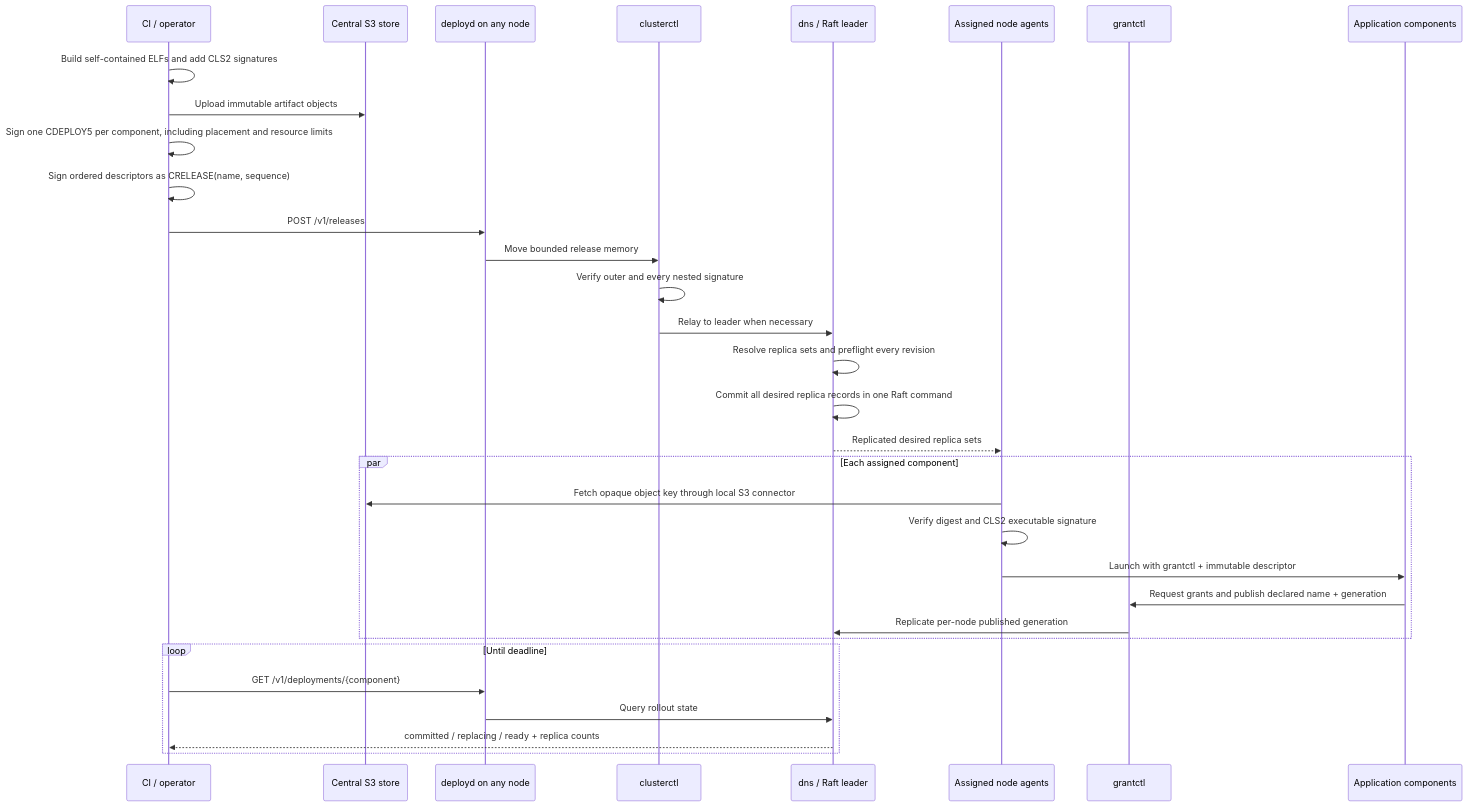
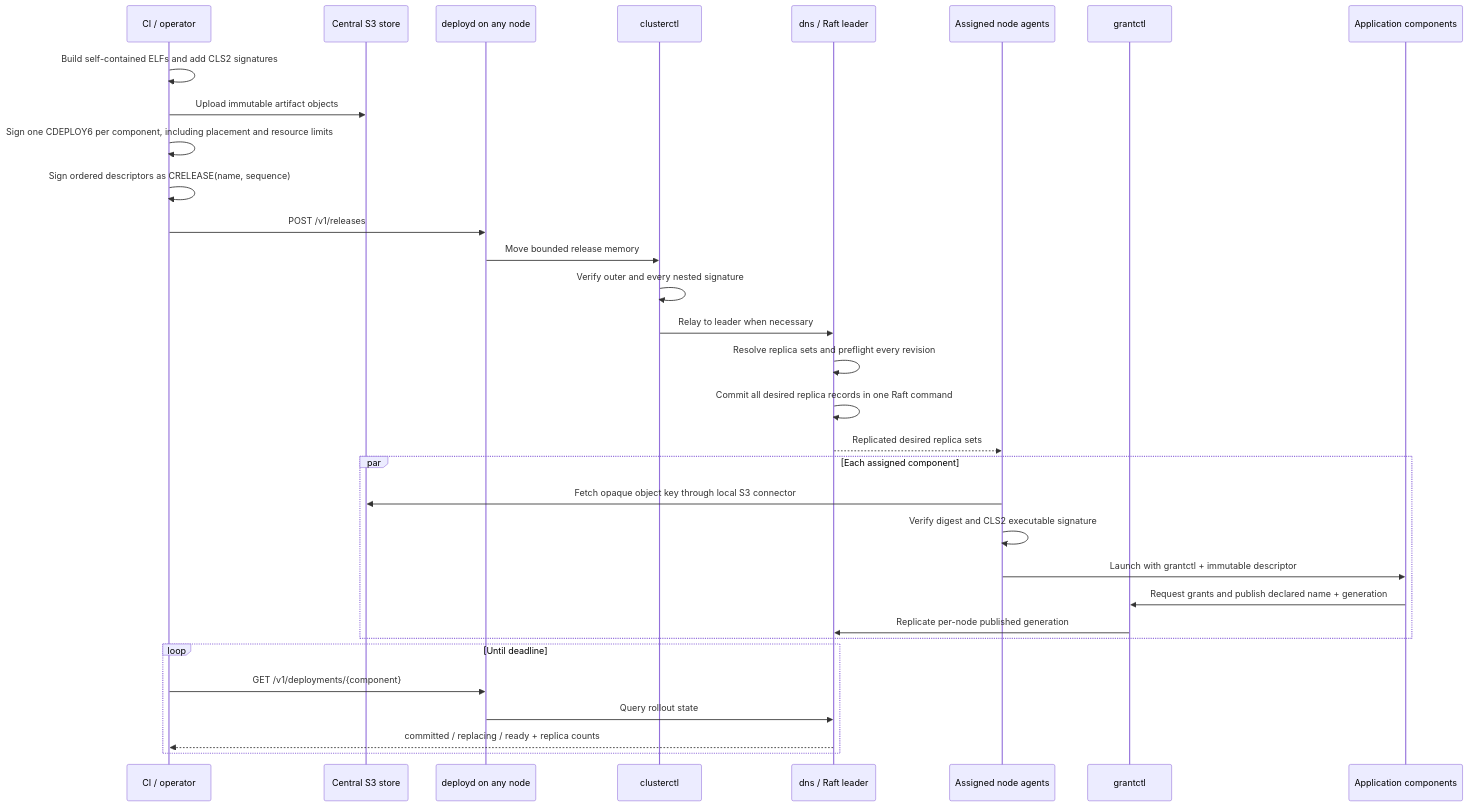
The eighth of 14 diagrams in docs/figures.md (FrodeRanders/charlotte-os), drawn with Mermaid before and after one commit. The commit also changed other lines of this file and 55 other files, not shown here.

Commit message:
Support architecture-aware signed deployment variants

````diff
--- a/docs/figures.md
+++ b/docs/figures.md
@@ -351,37 +351,37 @@
 ```mermaid
 sequenceDiagram
 participant C as CI / operator
 participant O as Central S3 store
 participant D as deployd on any node
 participant X as clusterctl
 participant R as dns / Raft leader
 participant A as Assigned node agents
 participant G as grantctl
 participant P as Application components
 
       C->>C: Build self-contained ELFs and add CLS2 signatures
       C->>O: Upload immutable artifact objects
-      C->>C: Sign one CDEPLOY5 per component, including placement and resource limits
+      C->>C: Sign one CDEPLOY6 per component, including placement and resource limits
       C->>C: Sign ordered descriptors as CRELEASE(name, sequence)
       C->>D: POST /v1/releases
       D->>X: Move bounded release memory
       X->>X: Verify outer and every nested signature
       X->>R: Relay to leader when necessary
       R->>R: Resolve replica sets and preflight every revision
       R->>R: Commit all desired replica records in one Raft command
       R-->>A: Replicated desired replica sets
 
       par Each assigned component
           A->>O: Fetch opaque object key through local S3 connector
           A->>A: Verify digest and CLS2 executable signature
           A->>P: Launch with grantctl + immutable descriptor
           P->>G: Request grants and publish declared name + generation
           G->>R: Replicate per-node published generation
       end
 
       loop Until deadline
           C->>D: GET /v1/deployments/{component}
           D->>R: Query rollout state
           R-->>C: committed / replacing / ready + replica counts
       end
 ```
````
